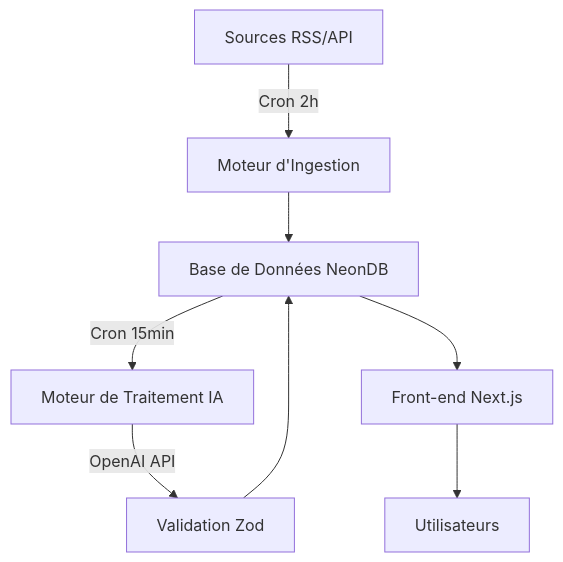
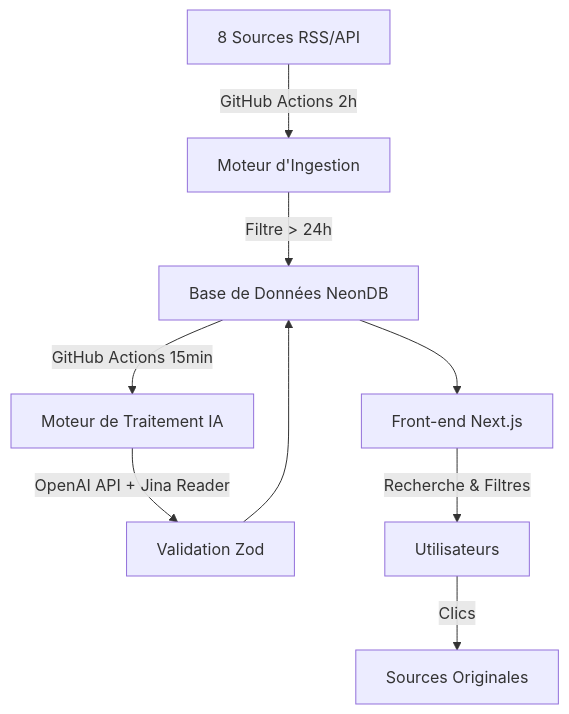
Before and after one commit to Lucacist/sema: the first of 2 diagrams in README.md, drawn with Mermaid. The commit also changed other lines of this file and 11 other files, not shown here.

Commit message:
Update README with production deployment details, GitHub Actions configuration, and comprehensive feature documentation

````diff
--- a/README.md
+++ b/README.md
@@ -61,10 +70,11 @@
 ```mermaid
 graph TD
-    A[Sources RSS/API] -->|Cron 2h| B[Moteur d'Ingestion]
-    B --> C[Base de Données NeonDB]
-    C -->|Cron 15min| D[Moteur de Traitement IA]
-    D -->|OpenAI API| E[Validation Zod]
+    A[8 Sources RSS/API] -->|GitHub Actions 2h| B[Moteur d'Ingestion]
+    B -->|Filtre > 24h| C[Base de Données NeonDB]
+    C -->|GitHub Actions 15min| D[Moteur de Traitement IA]
+    D -->|OpenAI API + Jina Reader| E[Validation Zod]
     E --> C
     C --> F[Front-end Next.js]
-    F --> G[Utilisateurs]
+    F -->|Recherche & Filtres| G[Utilisateurs]
+    G -->|Clics| H[Sources Originales]
 ```
````
